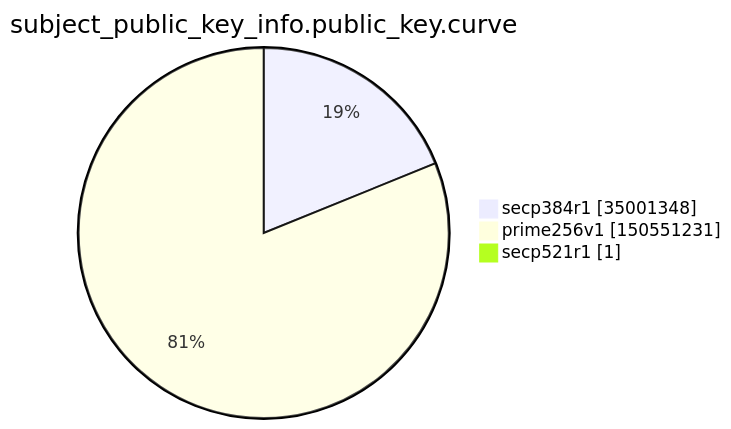
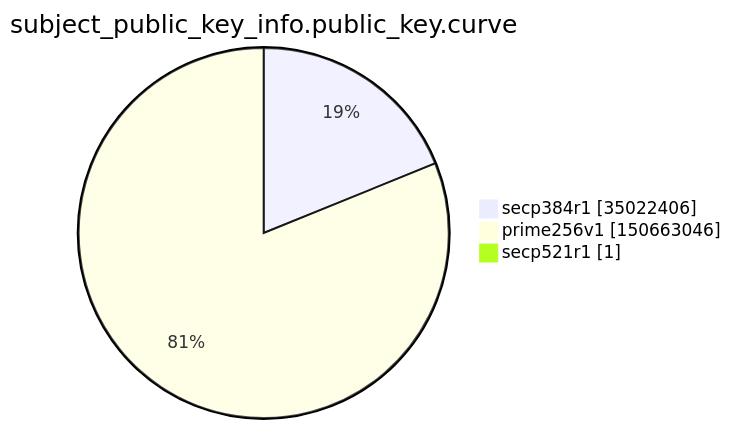
The ninth of 15 diagrams in argon2022/README.md (christiankrug/ctmonitor_visualization), drawn with Mermaid before and after one commit. The commit also changed other lines of this file, not shown here.

````diff
--- a/argon2022/README.md
+++ b/argon2022/README.md
@@ -2765,7 +2765,7 @@
 ```mermaid
 pie showData
 title subject_public_key_info.public_key.curve
-"secp384r1" :35001348
-"prime256v1" :150551231
+"secp384r1" :35022406
+"prime256v1" :150663046
 "secp521r1" :1
 ```
````
